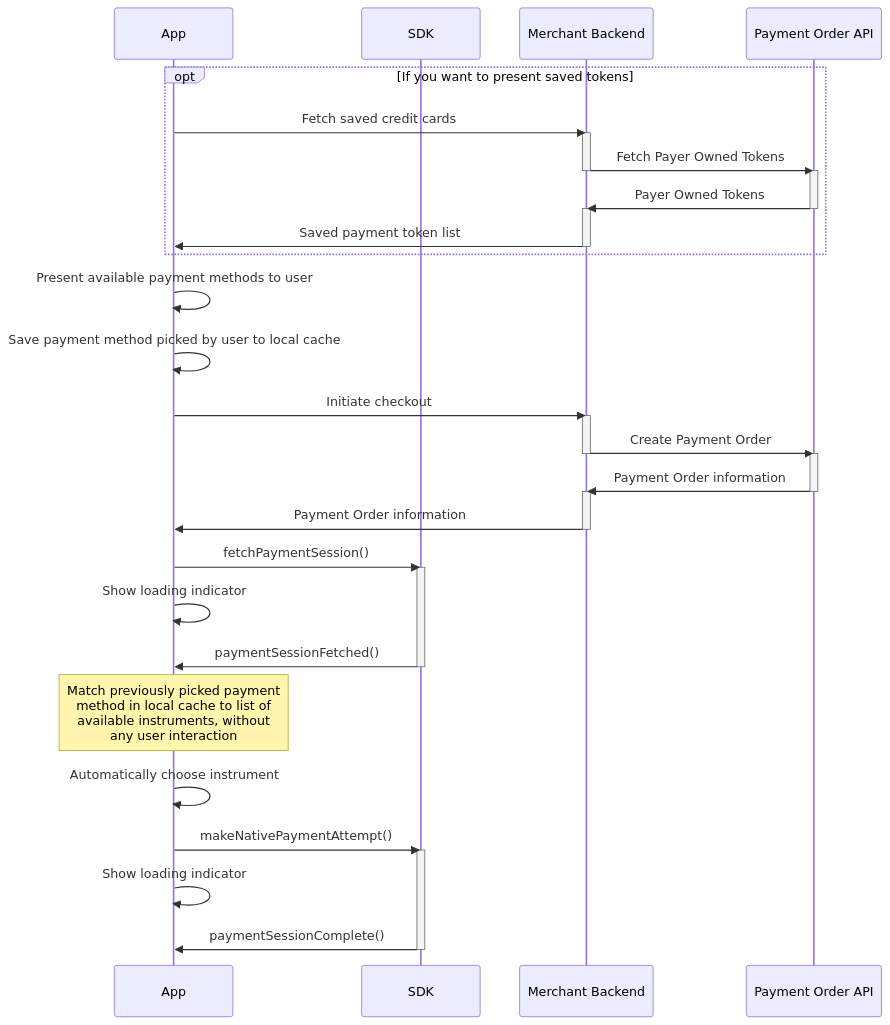
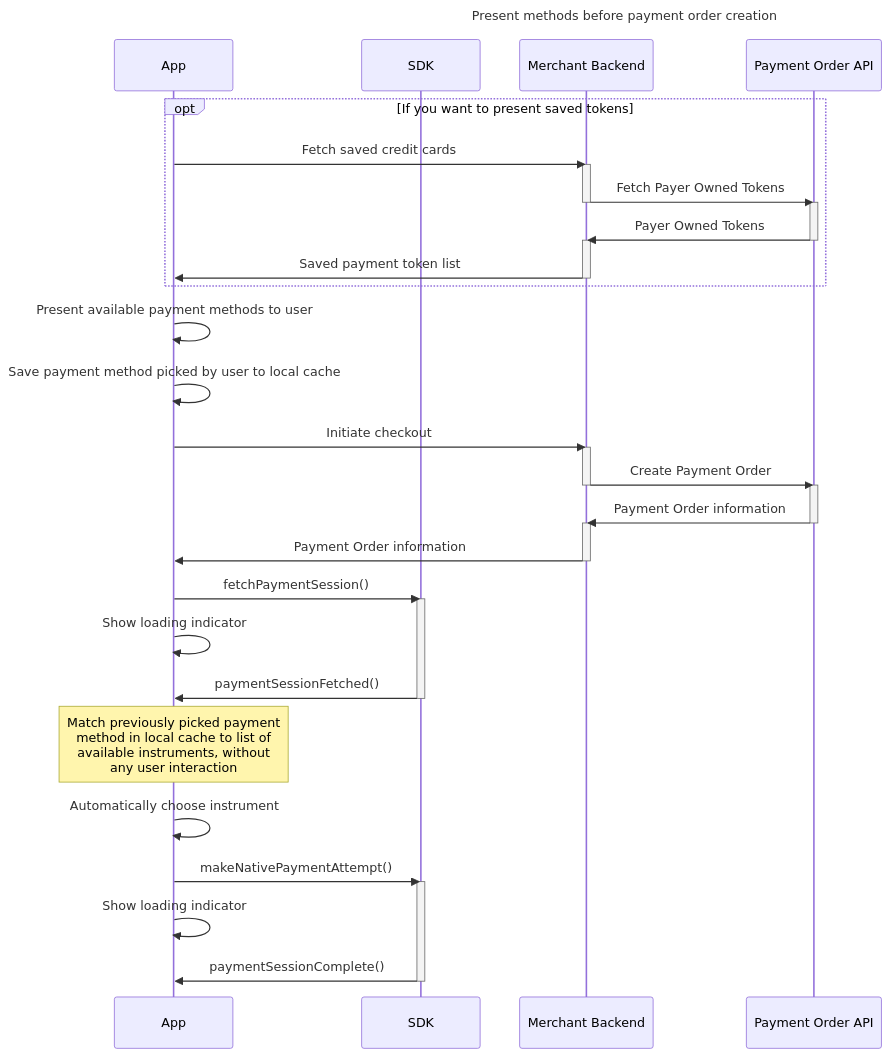
Before and after one commit to SwedbankPay/developer.swedbankpay.com: the fourth of 4 diagrams in checkout-v3/modules-sdks/mobile-sdk/native-payments.md, drawn with Mermaid. The commit also changed other lines of this file and 66 other files, not shown here.

Commit message:
Added titles in sequence diagrams

````diff
--- a/checkout-v3/modules-sdks/mobile-sdk/native-payments.md
+++ b/checkout-v3/modules-sdks/mobile-sdk/native-payments.md
@@ -1156,44 +1159,45 @@
 ```mermaid
 sequenceDiagram
+title: Present methods before payment order creation
     participant App
     participant SDK
     participant Backend as Merchant Backend
     participant SWP as Payment Order API
 
     opt If you want to present saved tokens
         App ->> Backend: Fetch saved credit cards
         activate Backend
         Backend ->> SWP: Fetch Payer Owned Tokens
         deactivate Backend
         activate SWP
         SWP ->> Backend: Payer Owned Tokens
         deactivate SWP
         activate Backend
         Backend ->> App: Saved payment token list
         deactivate Backend
     end
     App ->> App: Present available payment methods to user
     App ->> App: Save payment method picked by user to local cache
     App ->> Backend: Initiate checkout
     activate Backend
     Backend ->> SWP: Create Payment Order
     deactivate Backend
     activate SWP
     SWP ->> Backend: Payment Order information
     deactivate SWP
     activate Backend
     Backend ->> App: Payment Order information
     deactivate Backend
     App ->> SDK: fetchPaymentSession()
     activate SDK
     App ->> App: Show loading indicator
     SDK ->> App: paymentSessionFetched()
     deactivate SDK
     note over App: Match previously picked payment<br/>method in local cache to list of<br/>available instruments, without<br/>any user interaction
     App ->> App: Automatically choose instrument
     App ->> SDK: makeNativePaymentAttempt()
     activate SDK
     App ->> App: Show loading indicator
     SDK ->> App: paymentSessionComplete()
     deactivate SDK
 ```
````
